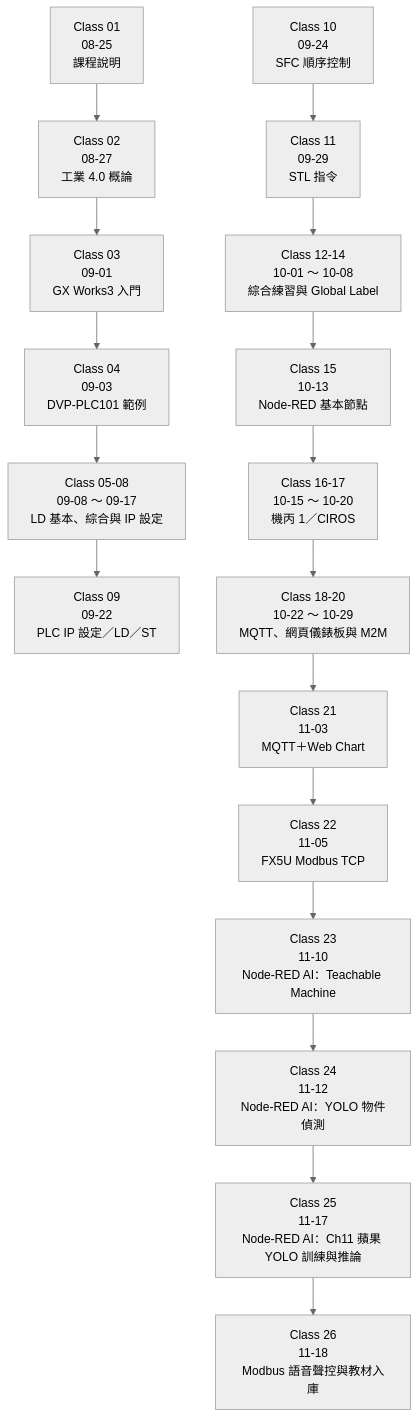
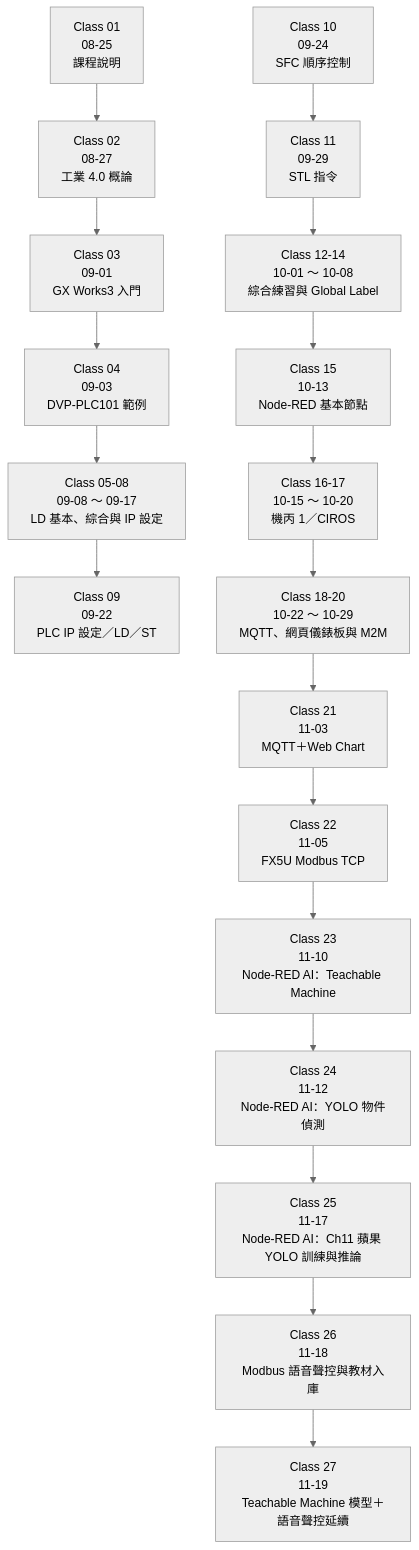
Before and after one commit to yd7148/INDUSTRY-4.0: the first of 3 diagrams in docs/COURSE-MAP.md, drawn with Mermaid (neutral theme). The commit also changed other lines of this file and 4 other files, not shown here.

Commit message:
Sync docs for Class-27 (27 classes, 28 videos, timeline and SVG)

````diff
--- a/docs/COURSE-MAP.md
+++ b/docs/COURSE-MAP.md
@@ -10,19 +10,20 @@
 ```mermaid
 flowchart TD
     A["Class 01<br/>08-25<br/>課程說明"] --> B["Class 02<br/>08-27<br/>工業 4.0 概論"]
     B --> C["Class 03<br/>09-01<br/>GX Works3 入門"]
     C --> D["Class 04<br/>09-03<br/>DVP-PLC101 範例"]
     D --> E["Class 05-08<br/>09-08 ～ 09-17<br/>LD 基本、綜合與 IP 設定"]
     E --> F["Class 09<br/>09-22<br/>PLC IP 設定／LD／ST"]
     G["Class 10<br/>09-24<br/>SFC 順序控制"] --> H["Class 11<br/>09-29<br/>STL 指令"]
     H --> I["Class 12-14<br/>10-01 ～ 10-08<br/>綜合練習與 Global Label"]
     I --> J["Class 15<br/>10-13<br/>Node-RED 基本節點"]
     J --> K["Class 16-17<br/>10-15 ～ 10-20<br/>機丙 1／CIROS"]
     K --> L["Class 18-20<br/>10-22 ～ 10-29<br/>MQTT、網頁儀錶板與 M2M"]
     L --> M["Class 21<br/>11-03<br/>MQTT＋Web Chart"]
     M --> N["Class 22<br/>11-05<br/>FX5U Modbus TCP"]
     N --> O["Class 23<br/>11-10<br/>Node-RED AI：Teachable Machine"]
     O --> P["Class 24<br/>11-12<br/>Node-RED AI：YOLO 物件偵測"]
     P --> Q["Class 25<br/>11-17<br/>Node-RED AI：Ch11 蘋果 YOLO 訓練與推論"]
     Q --> R["Class 26<br/>11-18<br/>Modbus 語音聲控與教材入庫"]
+    R --> S["Class 27<br/>11-19<br/>Teachable Machine 模型＋語音聲控延續"]
 ```
````
